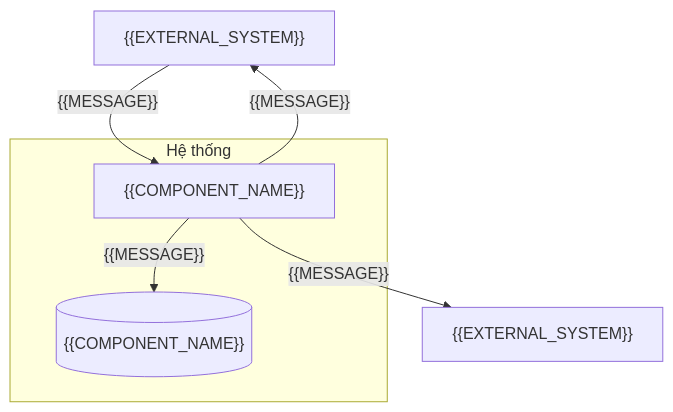
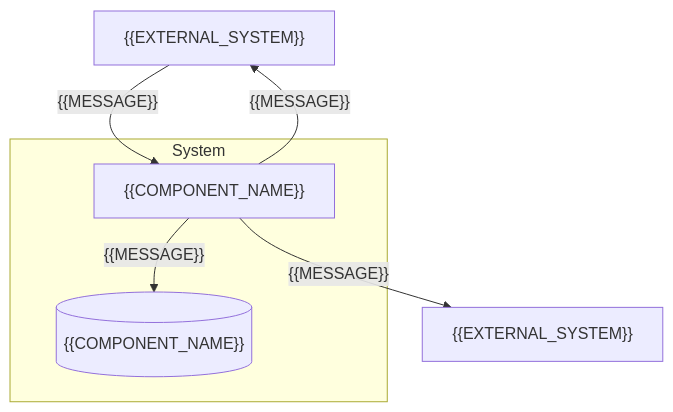
Before and after one commit to vuquoctrungbk/specflow: the second of 3 diagrams in skills/specflow/assets/kit/overlays/ai-llm-app/architecture-sections.md, drawn with Mermaid. The commit also changed other lines of this file and 100 other files, not shown here.

````diff
--- a/skills/specflow/assets/kit/overlays/ai-llm-app/architecture-sections.md
+++ b/skills/specflow/assets/kit/overlays/ai-llm-app/architecture-sections.md
@@ -31,13 +31,13 @@
 ```mermaid
 flowchart TD
     SRC["{{EXTERNAL_SYSTEM}}"]
-    subgraph System[Hệ thống]
+    subgraph System[System]
         AI["{{COMPONENT_NAME}}"]
         LOG[("{{COMPONENT_NAME}}")]
     end
     LLM["{{EXTERNAL_SYSTEM}}"]
     SRC -->|"{{MESSAGE}}"| AI
     AI -->|"{{MESSAGE}}"| LLM
     AI -->|"{{MESSAGE}}"| LOG
     AI -->|"{{MESSAGE}}"| SRC
 ```
````
